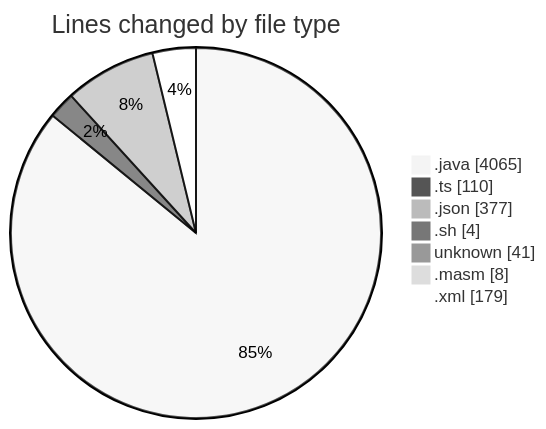
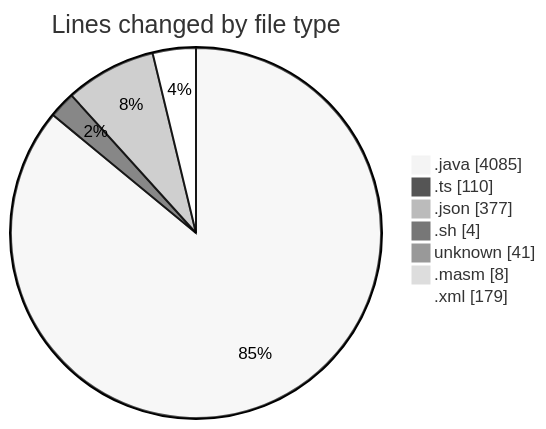
Before and after one commit to charlie-sans/code-tracking: the first of 2 diagrams in 2025-02-20/micros/README.md, drawn with Mermaid (neutral theme). The commit also changed other lines of this file and 1 other file, not shown here.

````diff
--- a/2025-02-20/micros/README.md
+++ b/2025-02-20/micros/README.md
@@ -39,11 +39,11 @@
 ```mermaid
 pie showData
 title Lines changed by file type
-".java" : 4065
+".java" : 4085
 ".ts" : 110
 ".json" : 377
 ".sh" : 4
 "unknown" : 41
 ".masm" : 8
 ".xml" : 179
 ```
````
